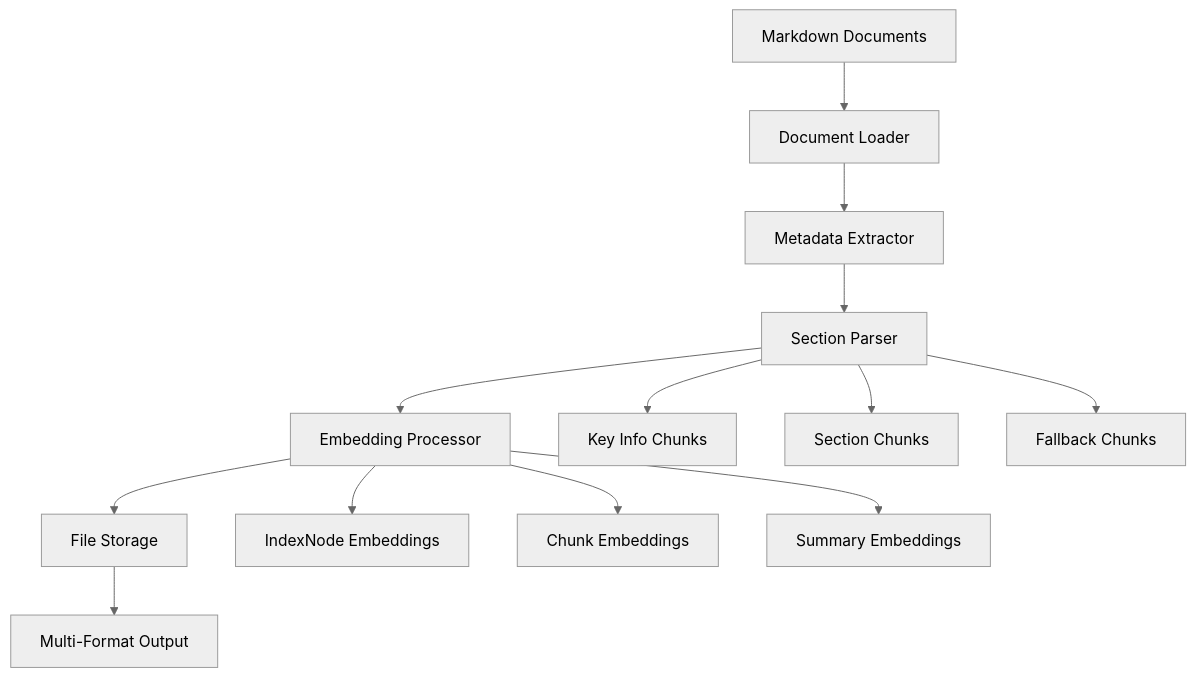
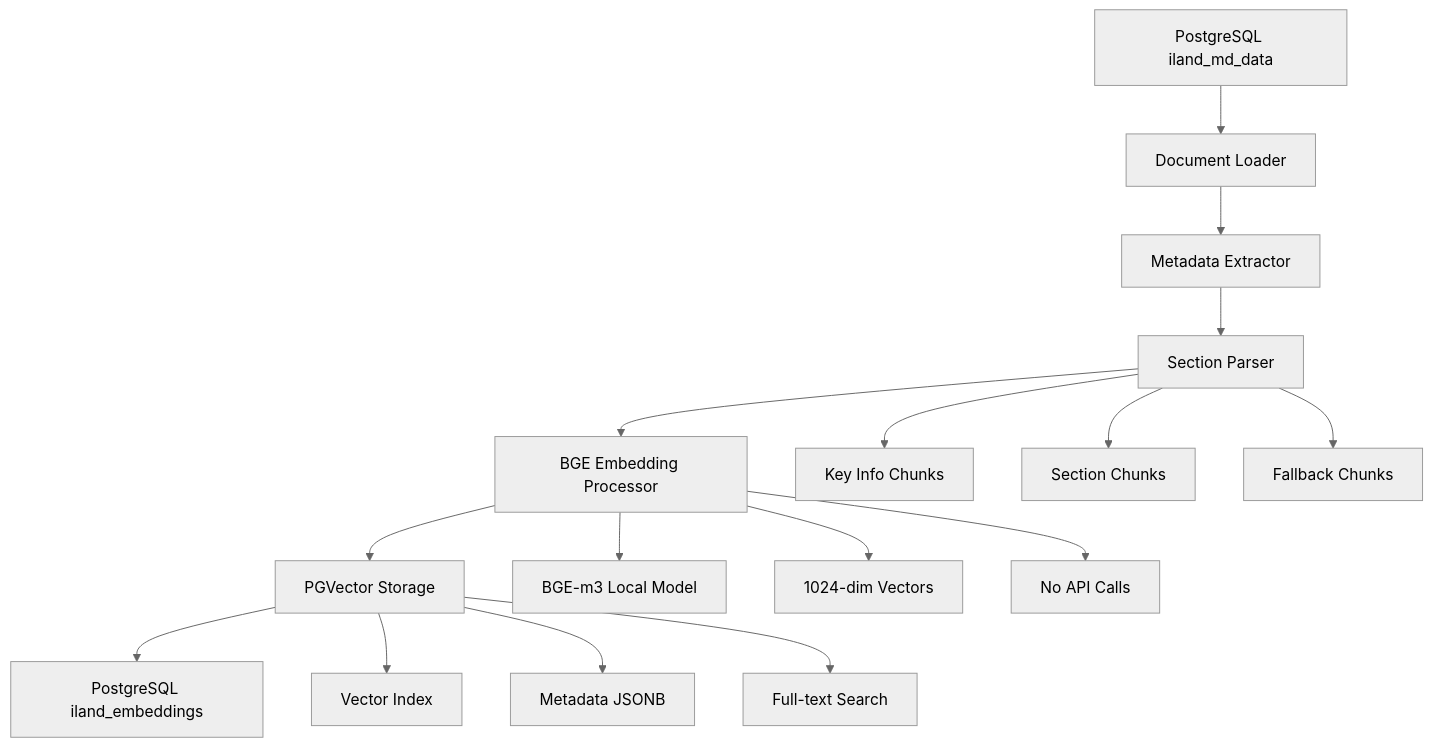
One commit to tkhongsap/llama-index-rag-pipeline changed the diagram in src-iLand/docs_embedding_postgres/README.md. Above: the diagram before and after it, drawn with Mermaid (neutral theme). The commit also changed other lines of this file and 10 other files, not shown here.

Commit message:
Add PostgreSQL pipeline documentation and testing infrastructure: Updated requirements.txt with PostgreSQL dependencies, enhanced README files for PostgreSQL focus, added Docker Compose testing setup, and comprehensive validation scripts

````diff
--- a/src-iLand/docs_embedding_postgres/README.md
+++ b/src-iLand/docs_embedding_postgres/README.md
@@ -140,17 +233,21 @@
 ```mermaid
 graph TD
-    A[Markdown Documents] --> B[Document Loader]
+    A[PostgreSQL iland_md_data] --> B[Document Loader]
     B --> C[Metadata Extractor]
     C --> D[Section Parser]
-    D --> E[Embedding Processor]
-    E --> F[File Storage]
-    F --> G[Multi-Format Output]
+    D --> E[BGE Embedding Processor]
+    E --> F[PGVector Storage]
+    F --> G[PostgreSQL iland_embeddings]
     
     D --> D1[Key Info Chunks]
     D --> D2[Section Chunks]
     D --> D3[Fallback Chunks]
     
-    E --> E1[IndexNode Embeddings]
-    E --> E2[Chunk Embeddings]
-    E --> E3[Summary Embeddings]
+    E --> E1[BGE-m3 Local Model]
+    E --> E2[1024-dim Vectors]
+    E --> E3[No API Calls]
+    
+    F --> F1[Vector Index]
+    F --> F2[Metadata JSONB]
+    F --> F3[Full-text Search]
 ```
````
